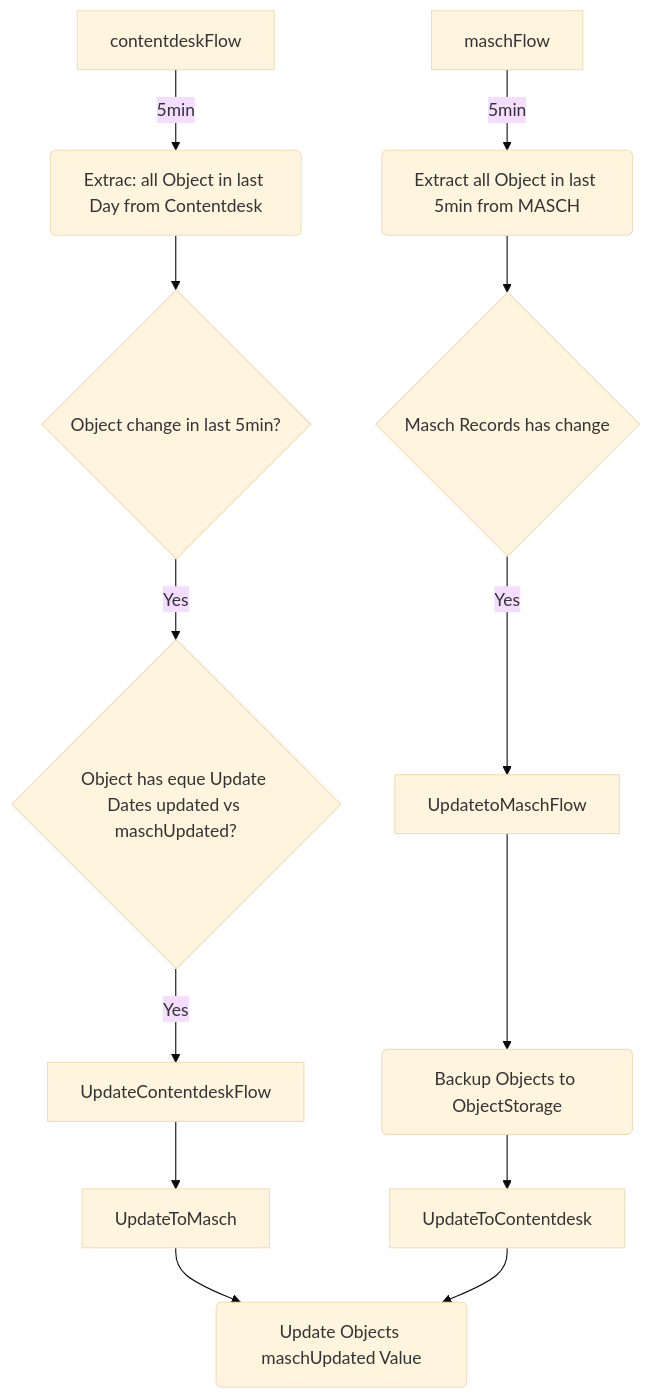
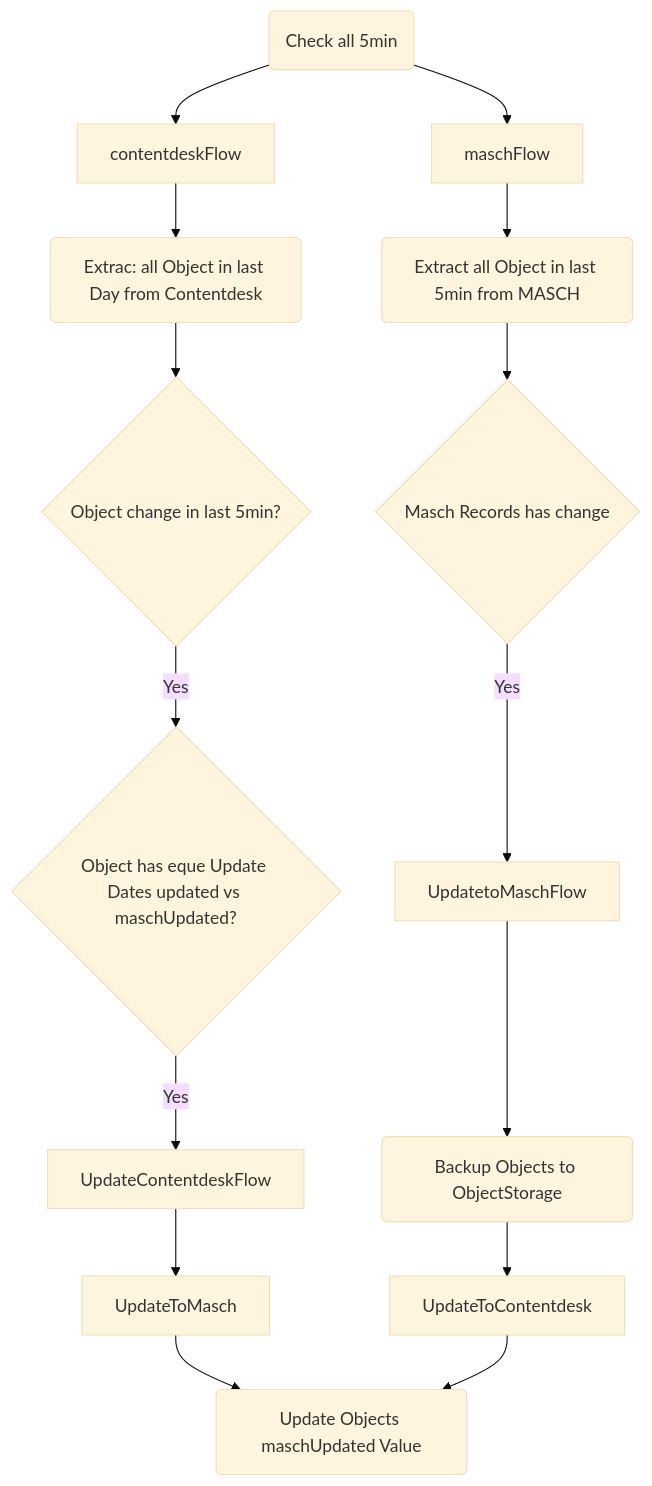
The diagram in readme.md (Jungfrau-Region-Tourismus-AG/python-masch-akeneo-jrtag), drawn with Mermaid (base theme) before and after one commit.

Commit message:
Update flowchart in README to include checks for contentdeskFlow and maschFlow; enhance clarity of object extraction process

````diff
--- a/readme.md
+++ b/readme.md
@@ -5,16 +5,19 @@
 ```mermaid
 flowchart TD
-    contentdeskFlow -->|5min| ExtractContentdesk(Extrac: all Object in last Day from Contentdesk)
+    check(Check all 5min) --> contentdeskFlow
+    check --> maschFlow
+
+    contentdeskFlow --> ExtractContentdesk(Extrac: all Object in last Day from Contentdesk)
     ExtractContentdesk --> ObjectChangeLast5min{Object change in last 5min?}
     ObjectChangeLast5min --> |Yes| OBjectHasEqualDate{Object has eque Update Dates updated vs maschUpdated?}
     OBjectHasEqualDate --> |Yes| UpdateContentdeskFlow
     UpdateContentdeskFlow --> UpdateToMasch
     UpdateToMasch --> UpdateMaschUpdatedDateToContentdesk(Update Objects maschUpdated Value)
 
-    maschFlow --> |5min| ExtractMasch(Extract all Object in last 5min from MASCH)
+    maschFlow --> ExtractMasch(Extract all Object in last 5min from MASCH)
     ExtractMasch --> ObjectMaschChange{Masch Records has change}
     ObjectMaschChange --> |Yes| UpdatetoMaschFlow
     UpdatetoMaschFlow --> BackupObjectContentdesk(Backup Objects to ObjectStorage)
     BackupObjectContentdesk --> UpdateToContentdesk
     UpdateToContentdesk --> UpdateMaschUpdatedDateToContentdesk
 ```
````
